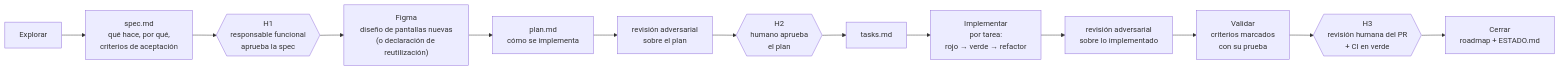
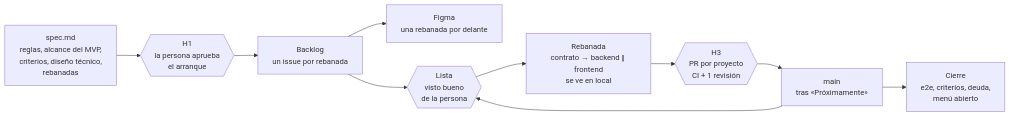
Before and after one commit to jorgearaujoSap/liv: the diagram in docs/arquitectura/05_Gobierno_de_Agentes_IA_y_SDD.md, drawn with Mermaid. The commit also changed other lines of this file and 28 other files, not shown here.

First line of the commit message:
docs: SDD por rebanadas verticales (ADR 0040) (#222)

````diff
--- a/docs/arquitectura/05_Gobierno_de_Agentes_IA_y_SDD.md
+++ b/docs/arquitectura/05_Gobierno_de_Agentes_IA_y_SDD.md
@@ -51,15 +55,12 @@
 ```mermaid
 flowchart LR
-    E[Explorar] --> S["spec.md<br/>qué hace, por qué,<br/>criterios de aceptación"]
-    S --> H1{{"H1<br/>responsable funcional<br/>aprueba la spec"}}
-    H1 --> FG["Figma<br/>diseño de pantallas nuevas<br/>(o declaración de reutilización)"]
-    FG --> D["plan.md<br/>cómo se implementa"]
-    D --> JD1[revisión adversarial<br/>sobre el plan]
-    JD1 --> H2{{"H2<br/>humano aprueba<br/>el plan"}}
-    H2 --> T[tasks.md]
-    T --> A["Implementar<br/>por tarea:<br/>rojo → verde → refactor"]
-    A --> JD2[revisión adversarial<br/>sobre lo implementado]
-    JD2 --> V["Validar<br/>criterios marcados<br/>con su prueba"]
-    V --> H3{{"H3<br/>revisión humana del PR<br/>+ CI en verde"}}
-    H3 --> AR["Cerrar<br/>roadmap + ESTADO.md"]
+    S["spec.md<br/>reglas, alcance del MVP,<br/>criterios, diseño técnico,<br/>rebanadas"] --> H1{{"H1<br/>la persona aprueba<br/>el arranque"}}
+    H1 --> B["Backlog<br/>un issue por rebanada"]
+    B --> FG["Figma<br/>una rebanada por delante"]
+    B --> L{{"Lista<br/>visto bueno<br/>de la persona"}}
+    L --> R["Rebanada<br/>contrato → backend ‖ frontend<br/>se ve en local"]
+    R --> H3{{"H3<br/>PR por proyecto<br/>CI + 1 revisión"}}
+    H3 --> M["main<br/>tras «Próximamente»"]
+    M --> L
+    M --> C["Cierre<br/>e2e, criterios, deuda,<br/>menú abierto"]
 ```
````
